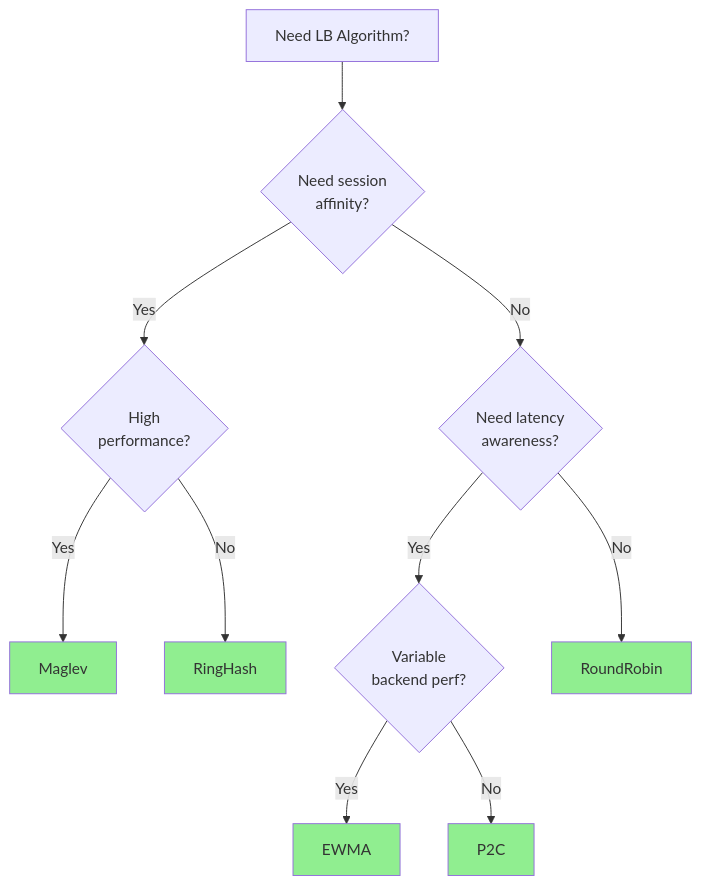
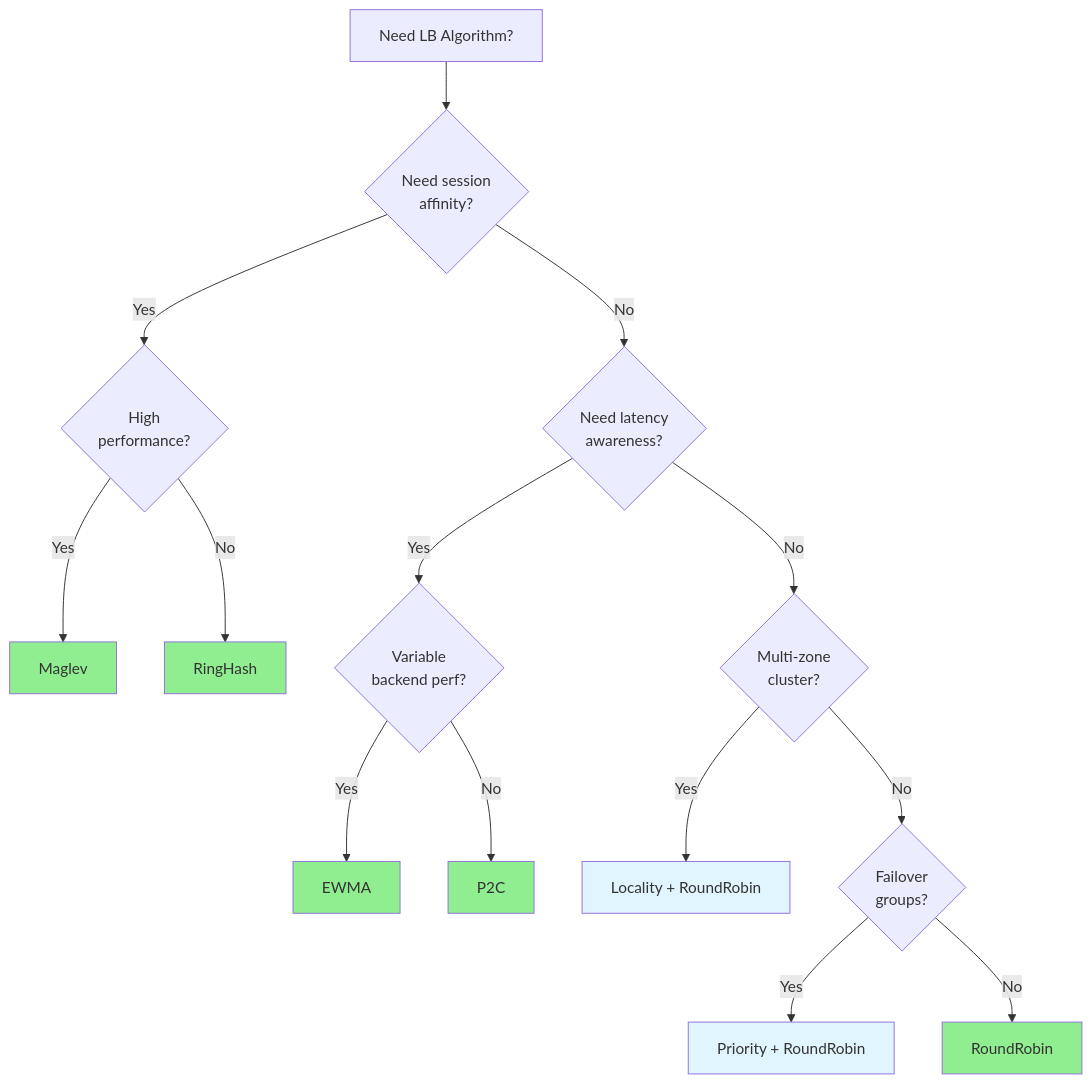
Before and after one commit to azrtydxb/novaedge: diagram 13 of 13 in docs/user-guide/load-balancing.md, drawn with Mermaid. The commit also changed other lines of this file and 12 other files, not shown here.

````diff
--- a/docs/user-guide/load-balancing.md
+++ b/docs/user-guide/load-balancing.md
@@ -462,27 +668,37 @@
 ```mermaid
 flowchart TB
     Start["Need LB Algorithm?"]
     Q1{"Need session<br/>affinity?"}
     Q2{"Need latency<br/>awareness?"}
     Q3{"High<br/>performance?"}
     Q4{"Variable<br/>backend perf?"}
+    Q5{"Multi-zone<br/>cluster?"}
+    Q6{"Failover<br/>groups?"}
 
     Start --> Q1
     Q1 -->|Yes| Q3
     Q1 -->|No| Q2
 
     Q3 -->|Yes| Maglev
     Q3 -->|No| RingHash
 
     Q2 -->|Yes| Q4
-    Q2 -->|No| RoundRobin
+    Q2 -->|No| Q5
 
     Q4 -->|Yes| EWMA
     Q4 -->|No| P2C
+
+    Q5 -->|Yes| Locality["Locality + RoundRobin"]
+    Q5 -->|No| Q6
+
+    Q6 -->|Yes| Priority["Priority + RoundRobin"]
+    Q6 -->|No| RoundRobin
 
     style Maglev fill:#90EE90
     style RingHash fill:#90EE90
     style EWMA fill:#90EE90
     style P2C fill:#90EE90
     style RoundRobin fill:#90EE90
+    style Locality fill:#e1f5ff
+    style Priority fill:#e1f5ff
 ```
````
